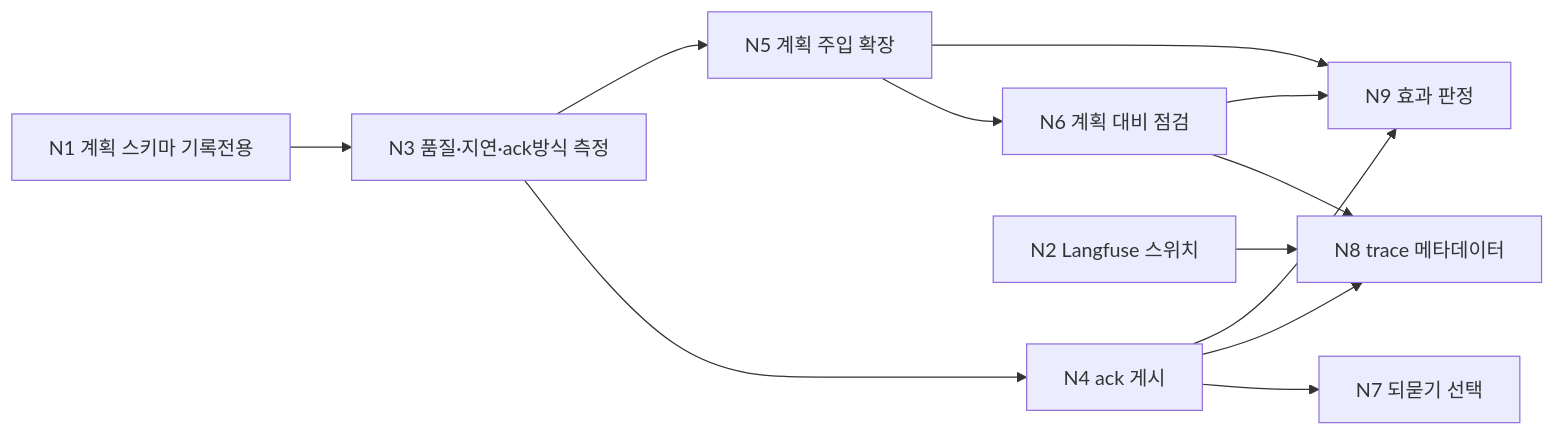
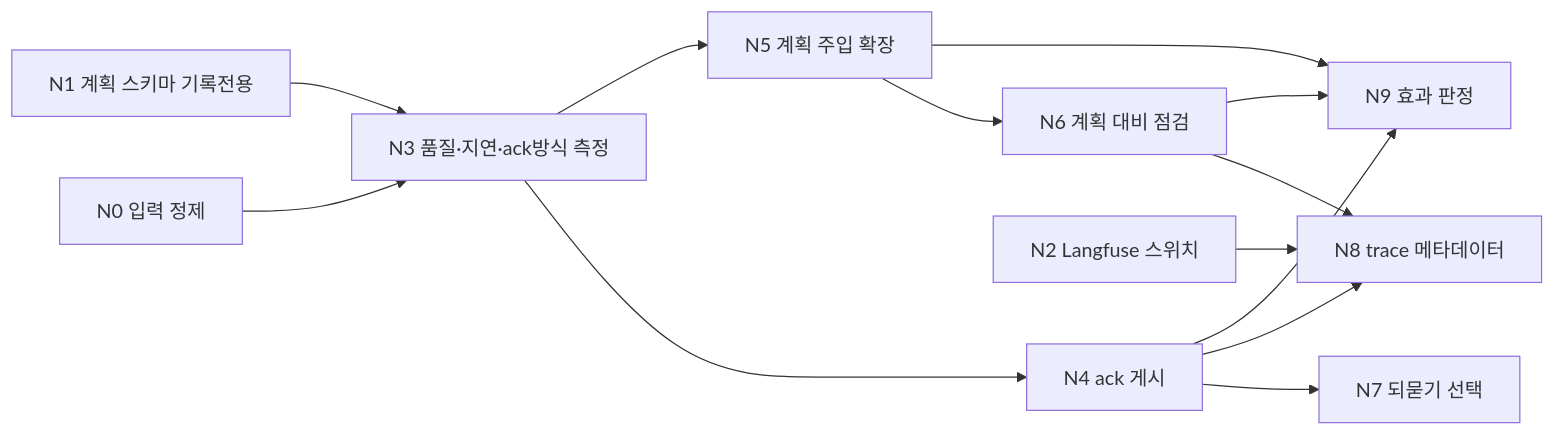
Before and after one commit to tael/slack-cli-agent: the diagram in docs/입출력-절차-적용-계획.md, drawn with Mermaid. The commit also changed other lines of this file, not shown here.

````diff
--- a/docs/입출력-절차-적용-계획.md
+++ b/docs/입출력-절차-적용-계획.md
@@ -216,14 +229,15 @@
 ```mermaid
 graph LR
+    N0[N0 입력 정제] --> N3
     N1[N1 계획 스키마 기록전용] --> N3[N3 품질·지연·ack방식 측정]
     N3 --> N4[N4 ack 게시]
     N3 --> N5[N5 계획 주입 확장]
     N5 --> N6[N6 계획 대비 점검]
     N4 --> N7[N7 되묻기 선택]
     N2[N2 Langfuse 스위치] --> N8[N8 trace 메타데이터]
     N4 --> N8
     N6 --> N8
     N4 --> N9[N9 효과 판정]
     N5 --> N9
     N6 --> N9
 ```
````
